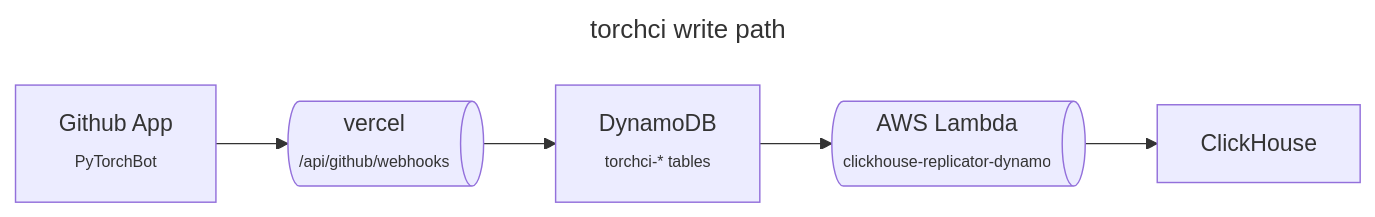
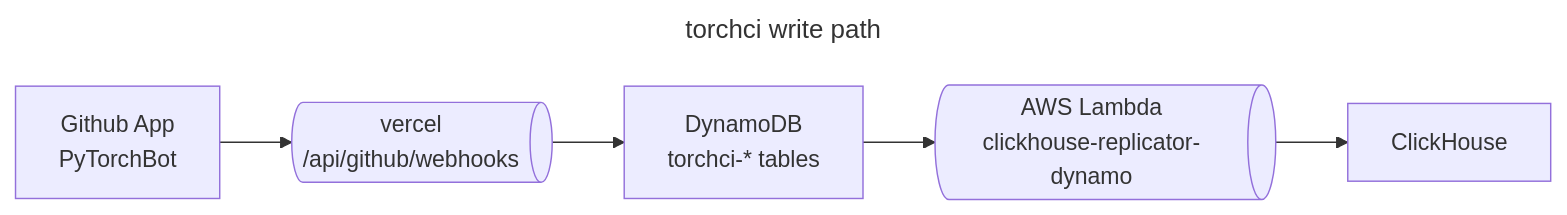
The diagram in torchci/docs/architecture.md (pytorch/test-infra), drawn with Mermaid before and after one commit.

````diff
--- a/torchci/docs/architecture.md
+++ b/torchci/docs/architecture.md
@@ -7,14 +7,14 @@
 ```mermaid
 ---
 title: torchci write path
 ---
 flowchart LR
    pytorchbot[Github App
-   <sup><sub>PyTorchBot</sub></sup>] --> vercel@{ shape: das, label: "vercel
-   <sup><sub>/api/github/webhooks</sub></sup>" }
+   PyTorchBot] --> vercel@{ shape: das, label: "vercel
+   /api/github/webhooks" }
    vercel --> dynamodb[DynamoDB
-   <sup><sub>torchci-* tables</sub></sup>]
+   torchci-* tables]
    dynamodb --> replicatorlambda@{ shape: das, label: "AWS Lambda
-   <sup><sub>clickhouse-replicator-dynamo</sub></sup>"}
+   clickhouse-replicator-dynamo"}
    replicatorlambda --> ClickHouse
 ```
````
